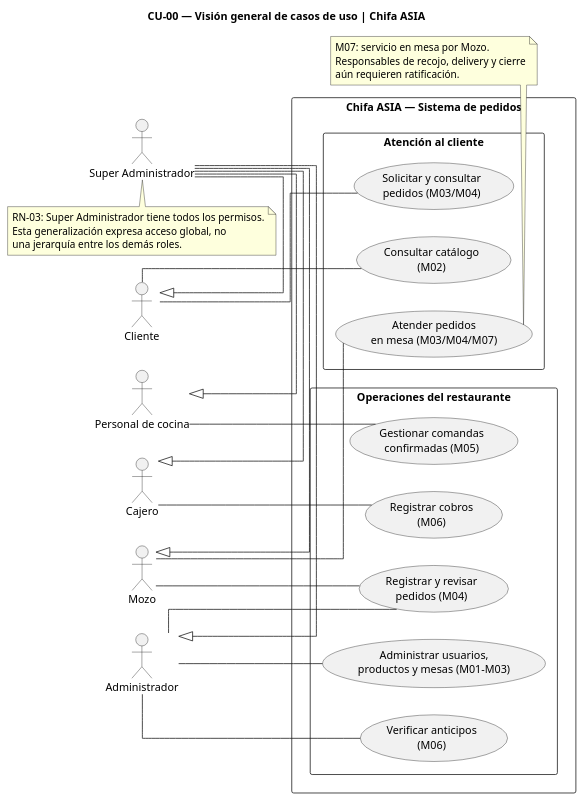
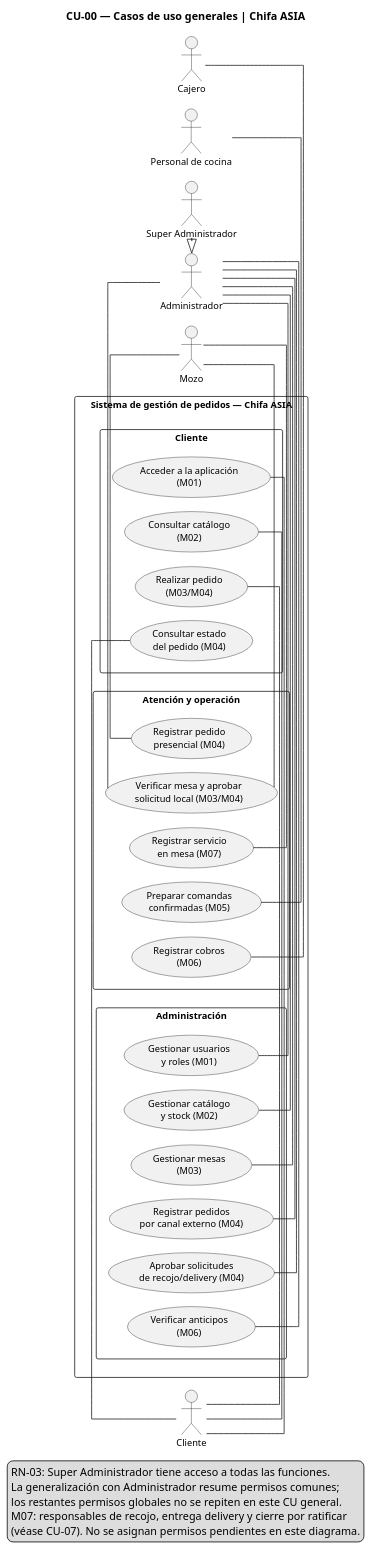
One commit to HeizenGP/restaurant-app-frontend-v2 changed the diagram in docs/etapas/diagramas/etapa-04/etapa-04-cu-general.puml. Above: the diagram before and after it, drawn with PlantUML.

Commit message:
docs(etapa-04): redisenar CU-00 con actores y casos de uso claros

```diff
--- a/docs/etapas/diagramas/etapa-04/etapa-04-cu-general.puml
+++ b/docs/etapas/diagramas/etapa-04/etapa-04-cu-general.puml
@@ -1,54 +1,75 @@
 @startuml
-title CU-00 — Visión general de casos de uso | Chifa ASIA
+title CU-00 — Casos de uso generales | Chifa ASIA
 left to right direction
+
 skinparam shadowing false
 skinparam linetype ortho
 skinparam packageStyle rectangle
+skinparam nodesep 18
+skinparam ranksep 26
+skinparam defaultFontSize 12
 
 actor "Cliente" as C
 actor "Mozo" as M
 actor "Personal de cocina" as K
 actor "Cajero" as J
 actor "Administrador" as A
 actor "Super Administrador" as S
 
-rectangle "Chifa ASIA — Sistema de pedidos" {
-  package "Atención al cliente" {
-    usecase "Consultar catálogo\n(M02)" as U1
-    usecase "Solicitar y consultar\npedidos (M03/M04)" as U2
-    usecase "Atender pedidos\nen mesa (M03/M04/M07)" as U3
+rectangle "Sistema de gestión de pedidos — Chifa ASIA" {
+
+  package "Cliente" {
+    usecase "Acceder a la aplicación\n(M01)" as C1
+    usecase "Consultar catálogo\n(M02)" as C2
+    usecase "Realizar pedido\n(M03/M04)" as C3
+    usecase "Consultar estado\ndel pedido (M04)" as C4
   }
-  package "Operaciones del restaurante" {
-    usecase "Gestionar comandas\nconfirmadas (M05)" as U4
-    usecase "Registrar cobros\n(M06)" as U5
-    usecase "Administrar usuarios,\nproductos y mesas (M01-M03)" as U6
-    usecase "Registrar y revisar\npedidos (M04)" as U7
-    usecase "Verificar anticipos\n(M06)" as U8
+
+  package "Atención y operación" {
+    usecase "Registrar pedido\npresencial (M04)" as M1
+    usecase "Verificar mesa y aprobar\nsolicitud local (M03/M04)" as M2
+    usecase "Registrar servicio\nen mesa (M07)" as M3
+    usecase "Preparar comandas\nconfirmadas (M05)" as K1
+    usecase "Registrar cobros\n(M06)" as J1
+  }
+
+  package "Administración" {
+    usecase "Gestionar usuarios\ny roles (M01)" as A1
+    usecase "Gestionar catálogo\ny stock (M02)" as A2
+    usecase "Gestionar mesas\n(M03)" as A3
+    usecase "Registrar pedidos\npor canal externo (M04)" as A4
+    usecase "Aprobar solicitudes\nde recojo/delivery (M04)" as A5
+    usecase "Verificar anticipos\n(M06)" as A6
   }
 }
-C -- U1
-C -- U2
-M -- U3
-M -- U7
-K -- U4
-J -- U5
-A -- U6
-A -- U7
-A -- U8
+
+C -right- C1
+C -right- C2
+C -right- C3
+C -right- C4
+
+M -right- M1
+M -right- M2
+M -right- M3
+A -right- M2
+
+K1 -right- K
+J1 -right- J
+
+A -right- A1
+A -right- A2
+A -right- A3
+A -right- A4
+A -right- A5
+A -right- A6
 
 S -|> A
-S -|> M
-S -|> J
-S -|> K
-S -|> C
-note bottom of S
-  RN-03: Super Administrador tiene todos los permisos.
-  Esta generalización expresa acceso global, no
-  una jerarquía entre los demás roles.
-end note
-note bottom of U3
-  M07: servicio en mesa por Mozo.
-  Responsables de recojo, delivery y cierre
-  aún requieren ratificación.
-end note
+
+legend bottom
+  RN-03: Super Administrador tiene acceso a todas las funciones.
+  La generalización con Administrador resume permisos comunes;
+  los restantes permisos globales no se repiten en este CU general.
+  M07: responsables de recojo, entrega delivery y cierre por ratificar
+  (véase CU-07). No se asignan permisos pendientes en este diagrama.
+endlegend
 @enduml
```
